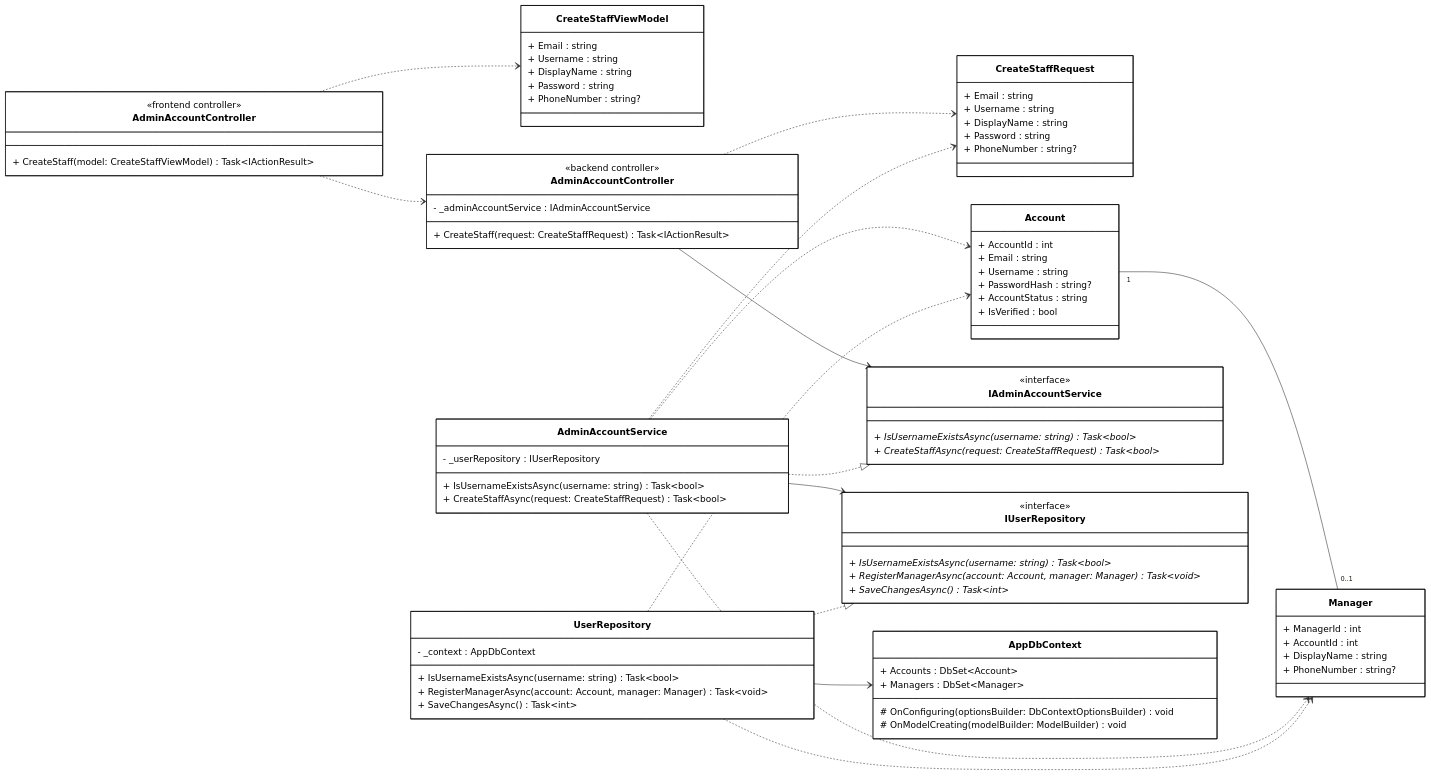
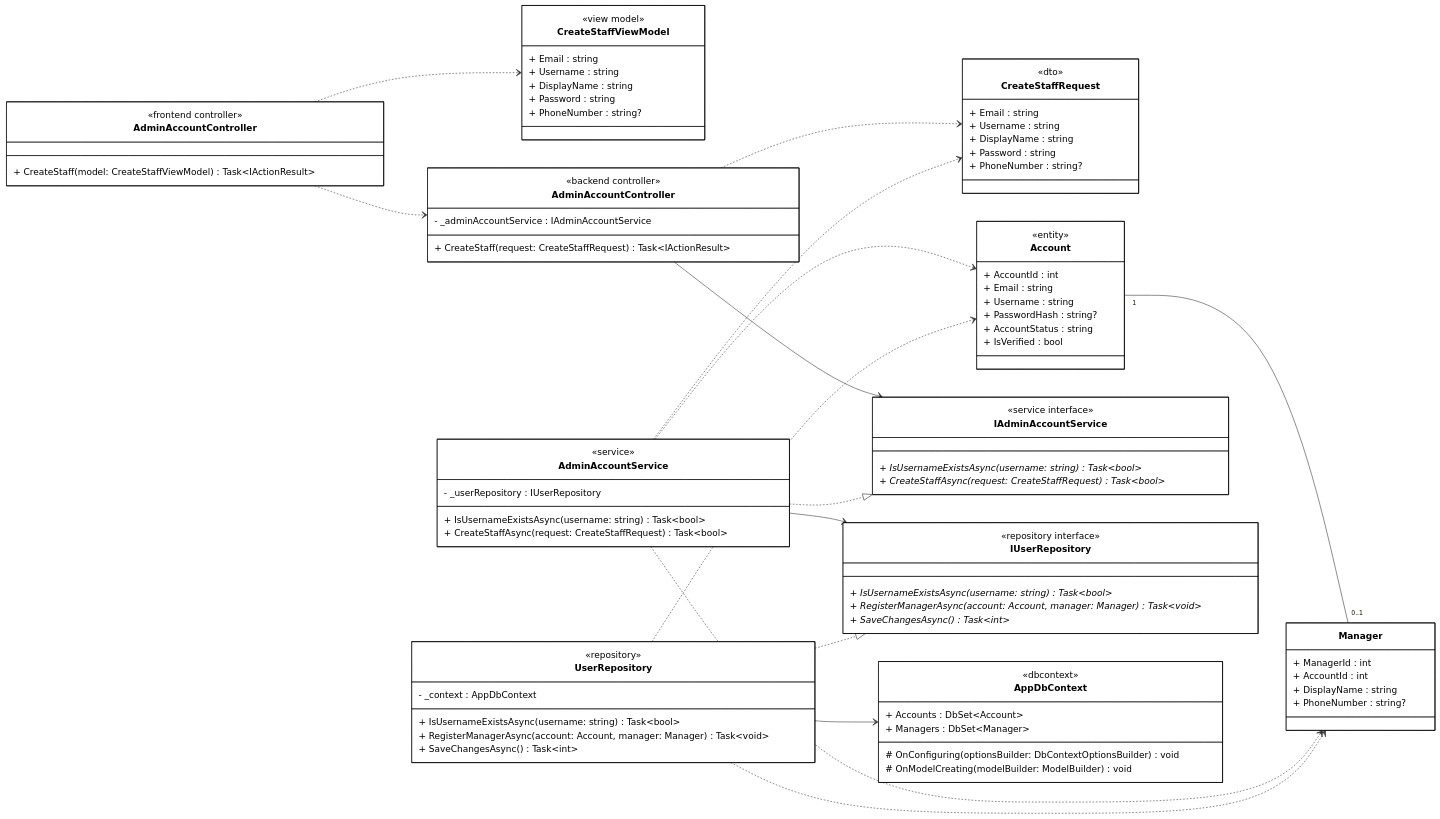
The diagram in diagrams/class_mermaid/manage_account/cls_mm_add_account.mmd (1000do/Linked), drawn with Mermaid before and after one commit. The commit also changed 28 other files, not shown here.

```diff
--- a/diagrams/class_mermaid/manage_account/cls_mm_add_account.mmd
+++ b/diagrams/class_mermaid/manage_account/cls_mm_add_account.mmd
@@ -1,126 +1,132 @@
 classDiagram
 direction LR
 
 %% ==================== FRONTEND ====================
 
 class AdminAccountControllerFE["AdminAccountController"] {
     <<frontend controller>>
     + CreateStaff(model: CreateStaffViewModel) Task~IActionResult~
 }
 
 class CreateStaffViewModel {
+    <<view model>>
     + Email : string
     + Username : string
     + DisplayName : string
     + Password : string
     + PhoneNumber : string?
 }
 
 %% ==================== BACKEND - CONTROLLER ====================
 
 class AdminAccountControllerBE["AdminAccountController"] {
     <<backend controller>>
     - _adminAccountService : IAdminAccountService
     
     + CreateStaff(request: CreateStaffRequest) Task~IActionResult~
 }
 
 %% ==================== BACKEND - DTOs ====================
 
 class CreateStaffRequest {
+    <<dto>>
     + Email : string
     + Username : string
     + DisplayName : string
     + Password : string
     + PhoneNumber : string?
 }
 
 %% ==================== BACKEND - DOMAIN ENTITIES ====================
 
 class Account {
+    <<entity>>
     + AccountId : int
     + Email : string
     + Username : string
     + PasswordHash : string?
     + AccountStatus : string
     + IsVerified : bool
 }
 
 class Manager {
     + ManagerId : int
     + AccountId : int
     + DisplayName : string
     + PhoneNumber : string?
 }
 
 %% ==================== BACKEND - SERVICE INTERFACES ====================
 
 class IAdminAccountService {
-    <<interface>>
+    <<service interface>>
     + IsUsernameExistsAsync(username: string) Task~bool~ *
     + CreateStaffAsync(request: CreateStaffRequest) Task~bool~ *
 }
 
 class IUserRepository {
-    <<interface>>
+    <<repository interface>>
     + IsUsernameExistsAsync(username: string) Task~bool~ *
     + RegisterManagerAsync(account: Account, manager: Manager) Task~void~ *
     + SaveChangesAsync() Task~int~ *
 }
 
 %% ==================== BACKEND - SERVICE IMPLEMENTATION ====================
 
 class AdminAccountService {
+    <<service>>
     - _userRepository : IUserRepository
     
     + IsUsernameExistsAsync(username: string) Task~bool~
     + CreateStaffAsync(request: CreateStaffRequest) Task~bool~
 }
 
 %% ==================== BACKEND - REPOSITORY IMPLEMENTATION ====================
 
 class UserRepository {
+    <<repository>>
     - _context : AppDbContext
     
     + IsUsernameExistsAsync(username: string) Task~bool~
     + RegisterManagerAsync(account: Account, manager: Manager) Task~void~
     + SaveChangesAsync() Task~int~
 }
 
 %% ==================== BACKEND - DbContext ====================
 
 class AppDbContext {
+    <<dbcontext>>
     + Accounts : DbSet~Account~
     + Managers : DbSet~Manager~
     
     # OnConfiguring(optionsBuilder: DbContextOptionsBuilder) void
     # OnModelCreating(modelBuilder: ModelBuilder) void
 }
 
 %% ==================== RELATIONSHIPS ====================
 
 %% === BIDIRECTIONAL ASSOCIATION (solid line) ===
 Account "1" -- "0..1" Manager
 
 %% === UNIDIRECTIONAL ASSOCIATION (solid arrow) ===
 AdminAccountControllerBE --> IAdminAccountService
 AdminAccountService --> IUserRepository
 UserRepository --> AppDbContext
 
 %% === INTERFACE REALIZATION ===
 AdminAccountService ..|> IAdminAccountService
 UserRepository ..|> IUserRepository
 
 %% === DEPENDENCY (dashed arrows) ===
 AdminAccountControllerFE ..> AdminAccountControllerBE
 AdminAccountControllerFE ..> CreateStaffViewModel
 AdminAccountControllerBE ..> CreateStaffRequest
 AdminAccountService ..> CreateStaffRequest
 AdminAccountService ..> Account
 AdminAccountService ..> Manager
 UserRepository ..> Account
 UserRepository ..> Manager
 
 %% ==================== STYLES ====================
 
 classDef default fill:#FFFFFF,stroke:#000000,stroke-width:1px,color:#000000
```
